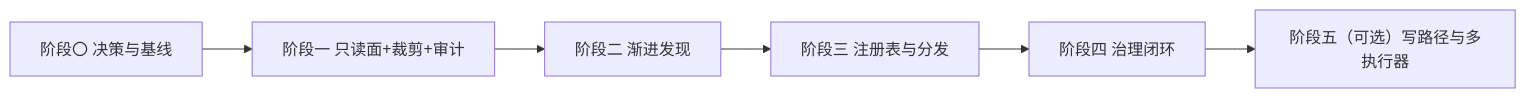
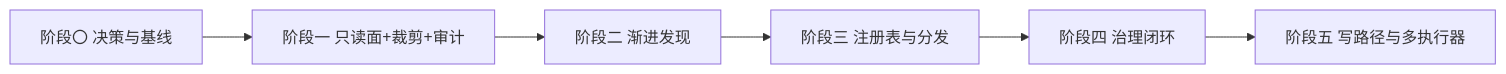
One commit to Nnyjk/jumcp changed the diagram in docs/plan/implementation-plan.md. Above: the diagram before and after it, drawn with Mermaid. The commit also changed other lines of this file and 4 other files, not shown here.

````diff
--- a/docs/plan/implementation-plan.md
+++ b/docs/plan/implementation-plan.md
@@ -34,8 +40,8 @@
 ```mermaid
 graph LR
   P0["阶段〇 决策与基线"] --> P1["阶段一 只读面+裁剪+审计"]
   P1 --> P2["阶段二 渐进发现"]
   P2 --> P3["阶段三 注册表与分发"]
   P3 --> P4["阶段四 治理闭环"]
-  P4 --> P5["阶段五（可选）写路径与多执行器"]
+  P4 --> P5["阶段五 写路径与多执行器"]
 ```
````
